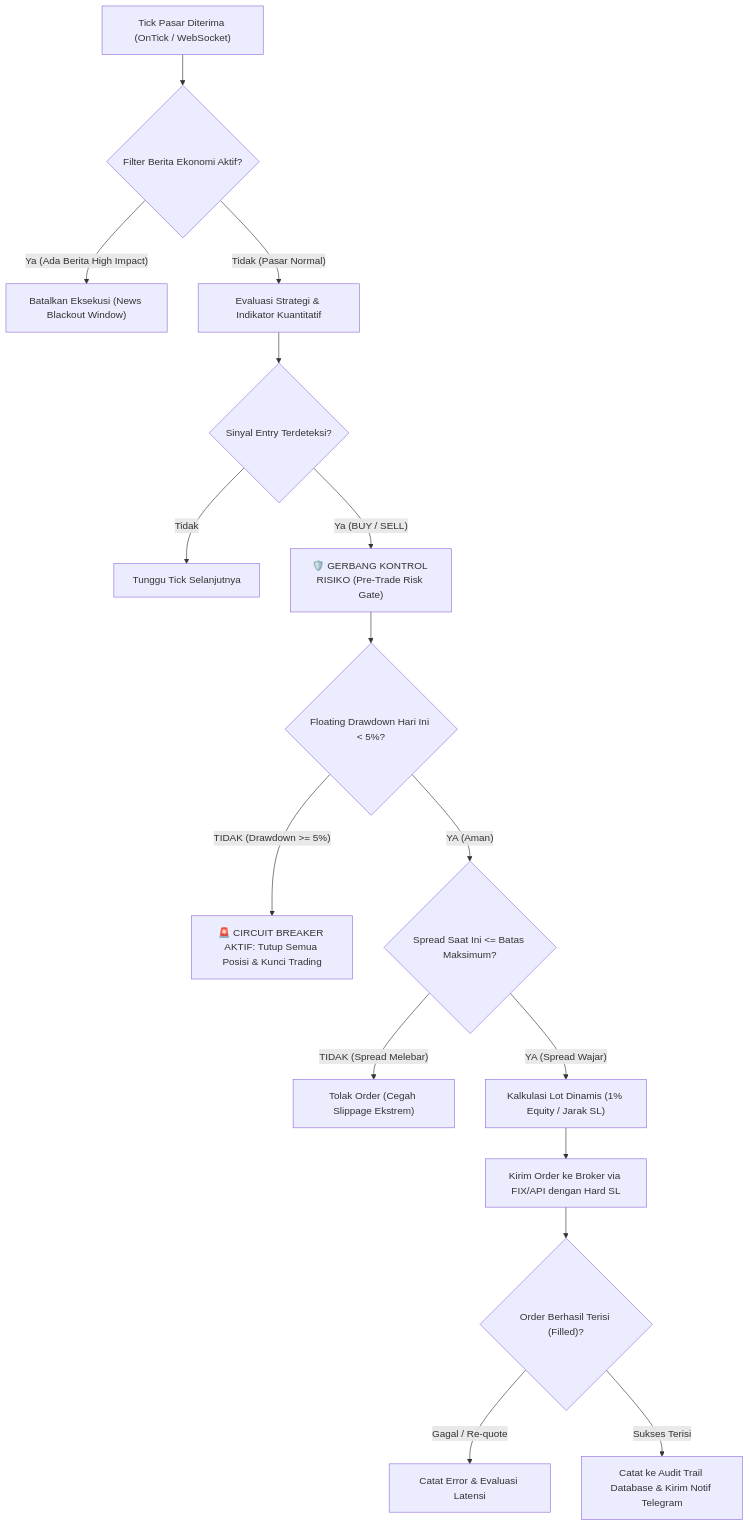
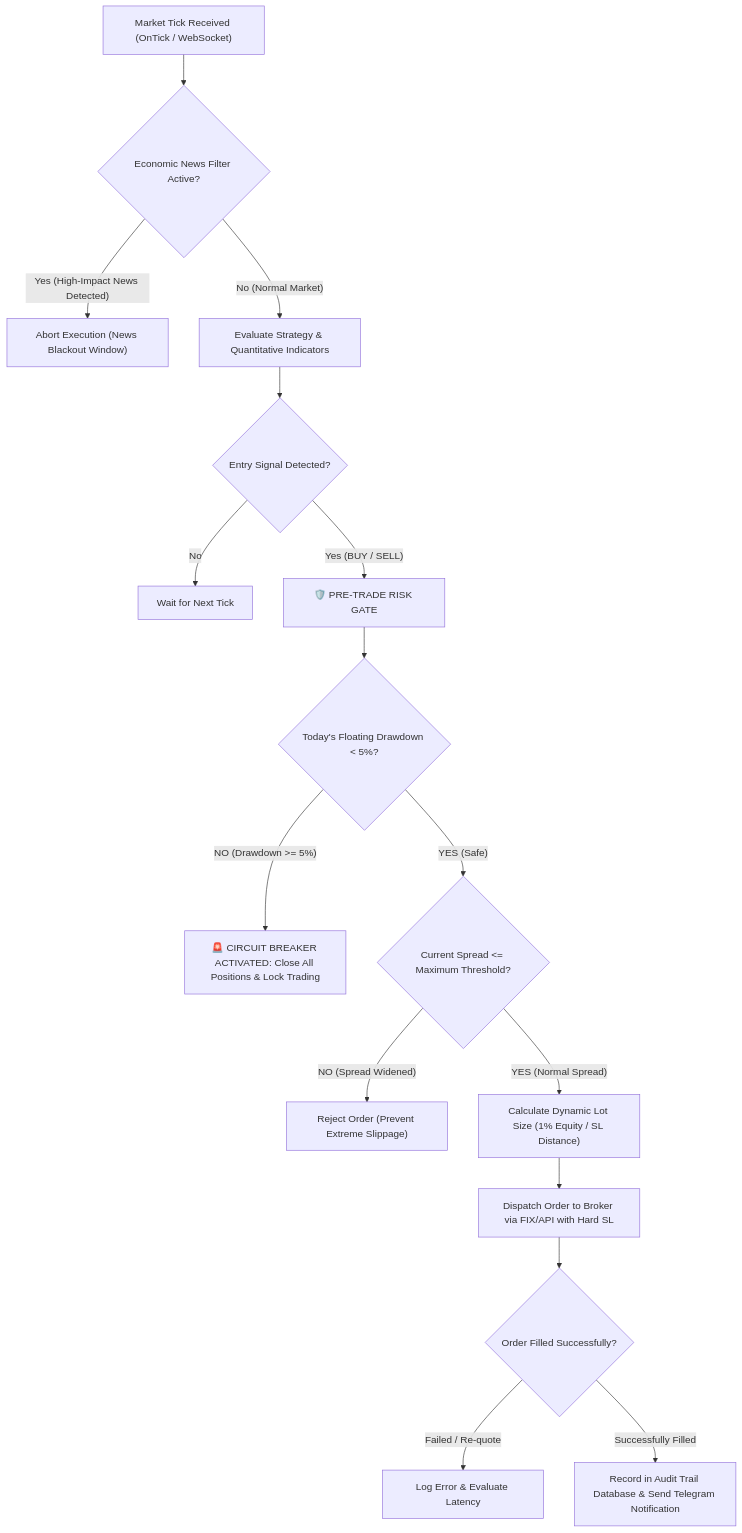
One commit to mochrzlf/aegis-forge changed the diagram in docs/diagrams/ea-trading-execution-flow.md. Above: the diagram before and after it, drawn with Mermaid. The commit also changed other lines of this file and 31 other files, not shown here.

````diff
--- a/docs/diagrams/ea-trading-execution-flow.md
+++ b/docs/diagrams/ea-trading-execution-flow.md
@@ -5,24 +5,24 @@
 ```mermaid
 graph TD
-    Start["Tick Pasar Diterima (OnTick / WebSocket)"] --> NewsCheck{"Filter Berita Ekonomi Aktif?"}
+    Start["Market Tick Received (OnTick / WebSocket)"] --> NewsCheck{"Economic News Filter Active?"}
     
-    NewsCheck -- "Ya (Ada Berita High Impact)" --> Skip["Batalkan Eksekusi (News Blackout Window)"]
-    NewsCheck -- "Tidak (Pasar Normal)" --> SignalGen["Evaluasi Strategi & Indikator Kuantitatif"]
+    NewsCheck -- "Yes (High-Impact News Detected)" --> Skip["Abort Execution (News Blackout Window)"]
+    NewsCheck -- "No (Normal Market)" --> SignalGen["Evaluate Strategy & Quantitative Indicators"]
     
-    SignalGen --> HasSignal{"Sinyal Entry Terdeteksi?"}
-    HasSignal -- "Tidak" --> Wait["Tunggu Tick Selanjutnya"]
-    HasSignal -- "Ya (BUY / SELL)" --> RiskGate["🛡️ GERBANG KONTROL RISIKO (Pre-Trade Risk Gate)"]
+    SignalGen --> HasSignal{"Entry Signal Detected?"}
+    HasSignal -- "No" --> Wait["Wait for Next Tick"]
+    HasSignal -- "Yes (BUY / SELL)" --> RiskGate["🛡️ PRE-TRADE RISK GATE"]
     
-    RiskGate --> DDCheck{"Floating Drawdown Hari Ini < 5%?"}
-    DDCheck -- "TIDAK (Drawdown >= 5%)" --> CircuitBreaker["🚨 CIRCUIT BREAKER AKTIF: Tutup Semua Posisi & Kunci Trading"]
-    DDCheck -- "YA (Aman)" --> SpreadCheck{"Spread Saat Ini <= Batas Maksimum?"}
+    RiskGate --> DDCheck{"Today's Floating Drawdown < 5%?"}
+    DDCheck -- "NO (Drawdown >= 5%)" --> CircuitBreaker["🚨 CIRCUIT BREAKER ACTIVATED: Close All Positions & Lock Trading"]
+    DDCheck -- "YES (Safe)" --> SpreadCheck{"Current Spread <= Maximum Threshold?"}
     
-    SpreadCheck -- "TIDAK (Spread Melebar)" --> RejectSpread["Tolak Order (Cegah Slippage Ekstrem)"]
-    SpreadCheck -- "YA (Spread Wajar)" --> LotCalc["Kalkulasi Lot Dinamis (1% Equity / Jarak SL)"]
+    SpreadCheck -- "NO (Spread Widened)" --> RejectSpread["Reject Order (Prevent Extreme Slippage)"]
+    SpreadCheck -- "YES (Normal Spread)" --> LotCalc["Calculate Dynamic Lot Size (1% Equity / SL Distance)"]
     
-    LotCalc --> SendOrder["Kirim Order ke Broker via FIX/API dengan Hard SL"]
-    SendOrder --> OrderStatus{"Order Berhasil Terisi (Filled)?"}
+    LotCalc --> SendOrder["Dispatch Order to Broker via FIX/API with Hard SL"]
+    SendOrder --> OrderStatus{"Order Filled Successfully?"}
     
-    OrderStatus -- "Gagal / Re-quote" --> RequoteLog["Catat Error & Evaluasi Latensi"]
-    OrderStatus -- "Sukses Terisi" --> LogDB["Catat ke Audit Trail Database & Kirim Notif Telegram"]
+    OrderStatus -- "Failed / Re-quote" --> RequoteLog["Log Error & Evaluate Latency"]
+    OrderStatus -- "Successfully Filled" --> LogDB["Record in Audit Trail Database & Send Telegram Notification"]
 ```
````
